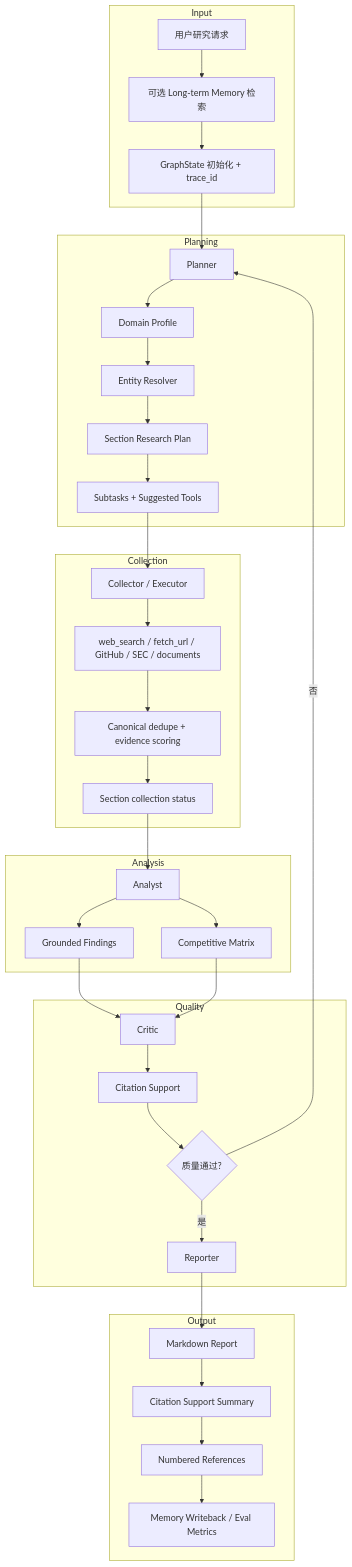
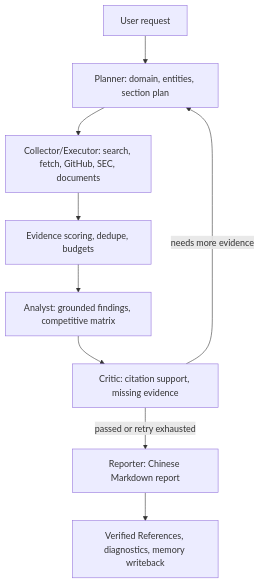
Before and after one commit to Caser-86/InsightGraph: the first of 2 diagrams in README.md, drawn with Mermaid. The commit also changed other lines of this file and 24 other files, not shown here.

````diff
--- a/README.md
+++ b/README.md
@@ -106,44 +67,11 @@
 ```mermaid
 flowchart TB
-    subgraph Input
-        A[用户研究请求] --> B[可选 Long-term Memory 检索]
-        B --> C[GraphState 初始化 + trace_id]
-    end
-
-    subgraph Planning
-        C --> D[Planner]
-        D --> D1[Domain Profile]
-        D1 --> D2[Entity Resolver]
-        D2 --> D3[Section Research Plan]
-        D3 --> D4[Subtasks + Suggested Tools]
-    end
-
-    subgraph Collection
-        D4 --> E[Collector / Executor]
-        E --> E1[web_search / fetch_url / GitHub / SEC / documents]
-        E1 --> E2[Canonical dedupe + evidence scoring]
-        E2 --> E3[Section collection status]
-    end
-
-    subgraph Analysis
-        E3 --> F[Analyst]
-        F --> F1[Grounded Findings]
-        F --> F2[Competitive Matrix]
-    end
-
-    subgraph Quality
-        F1 --> G[Critic]
-        F2 --> G
-        G --> G1[Citation Support]
-        G1 --> G2{质量通过?}
-        G2 -->|否| D
-        G2 -->|是| H[Reporter]
-    end
-
-    subgraph Output
-        H --> H1[Markdown Report]
-        H1 --> H2[Citation Support Summary]
-        H2 --> H3[Numbered References]
-        H3 --> H4[Memory Writeback / Eval Metrics]
-    end
+    A[User request] --> B[Planner: domain, entities, section plan]
+    B --> C[Collector/Executor: search, fetch, GitHub, SEC, documents]
+    C --> D[Evidence scoring, dedupe, budgets]
+    D --> E[Analyst: grounded findings, competitive matrix]
+    E --> F[Critic: citation support, missing evidence]
+    F -->|needs more evidence| B
+    F -->|passed or retry exhausted| G[Reporter: Chinese Markdown report]
+    G --> H[Verified References, diagnostics, memory writeback]
 ```
````
